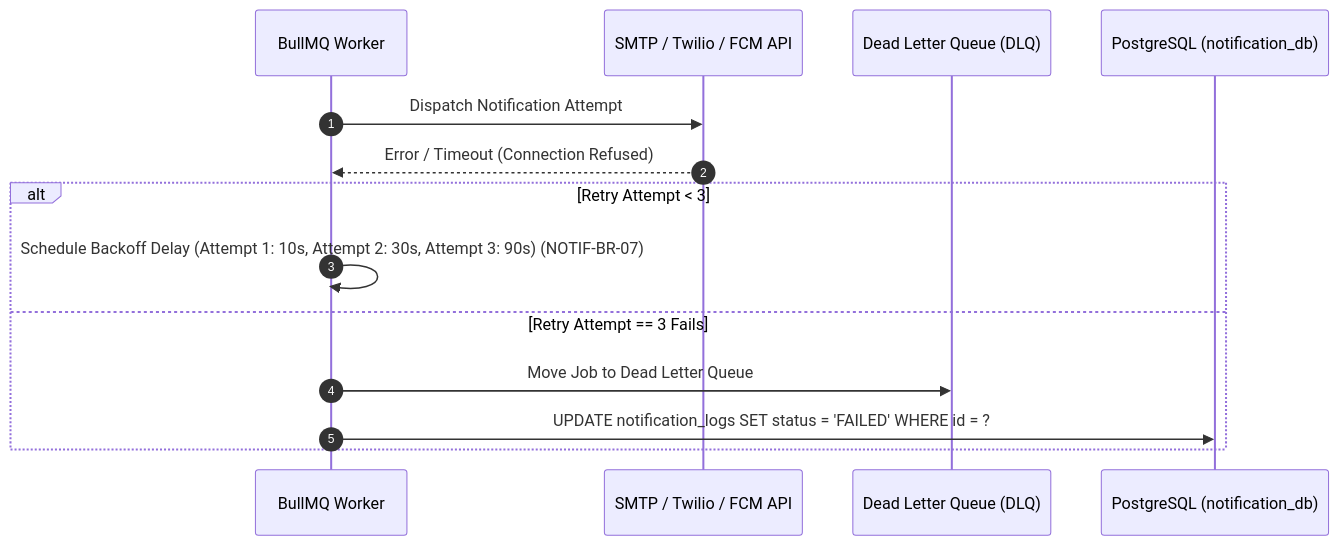
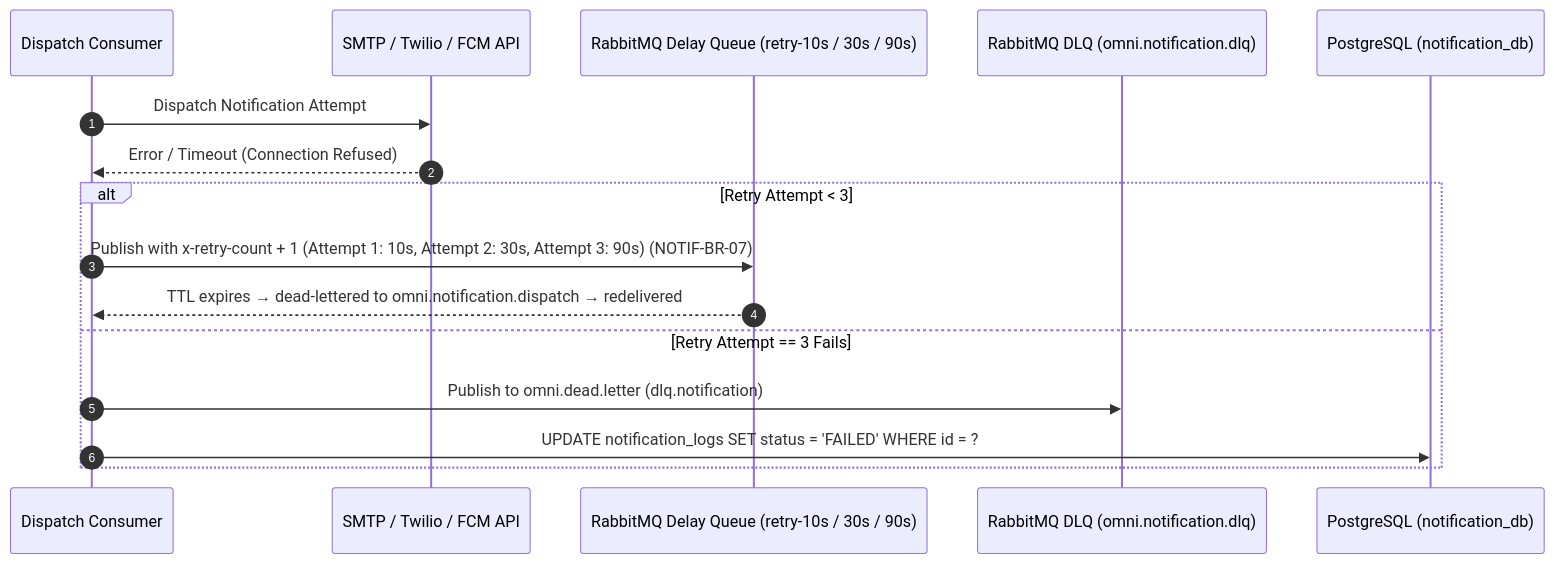
Before and after one commit to nilernous/omni-ecommerce-platform: the diagram in .agent/workflows/notification/handle-notification-retries.md, drawn with Mermaid. The commit also changed other lines of this file and 11 other files, not shown here.

First line of the commit message:
docs(events): replace BullMQ with RabbitMQ and align exchange names with code

````diff
--- a/.agent/workflows/notification/handle-notification-retries.md
+++ b/.agent/workflows/notification/handle-notification-retries.md
@@ -196,17 +196,19 @@
 ```mermaid
 sequenceDiagram
   autonumber
-  participant Worker as BullMQ Worker
+  participant Worker as Dispatch Consumer
   participant Gateway as SMTP / Twilio / FCM API
-  participant DLQ as Dead Letter Queue (DLQ)
+  participant RetryQ as RabbitMQ Delay Queue (retry-10s / 30s / 90s)
+  participant DLQ as RabbitMQ DLQ (omni.notification.dlq)
   participant DB as PostgreSQL (notification_db)
 
   Worker->>Gateway: Dispatch Notification Attempt
   Gateway-->>Worker: Error / Timeout (Connection Refused)
   alt Retry Attempt < 3
-    Worker->>Worker: Schedule Backoff Delay (Attempt 1: 10s, Attempt 2: 30s, Attempt 3: 90s) (NOTIF-BR-07)
+    Worker->>RetryQ: Publish with x-retry-count + 1 (Attempt 1: 10s, Attempt 2: 30s, Attempt 3: 90s) (NOTIF-BR-07)
+    RetryQ-->>Worker: TTL expires → dead-lettered to omni.notification.dispatch → redelivered
   else Retry Attempt == 3 Fails
-    Worker->>DLQ: Move Job to Dead Letter Queue
+    Worker->>DLQ: Publish to omni.dead.letter (dlq.notification)
     Worker->>DB: UPDATE notification_logs SET status = 'FAILED' WHERE id = ?
   end
 ```
````
